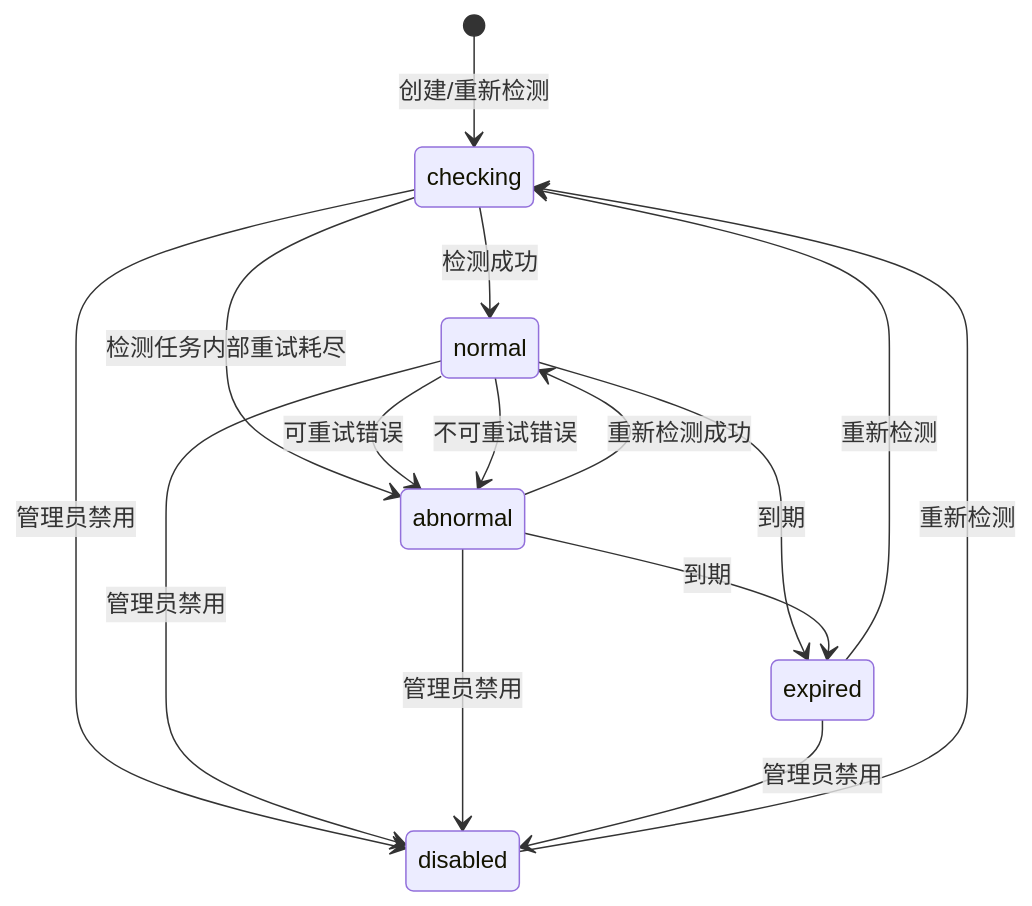
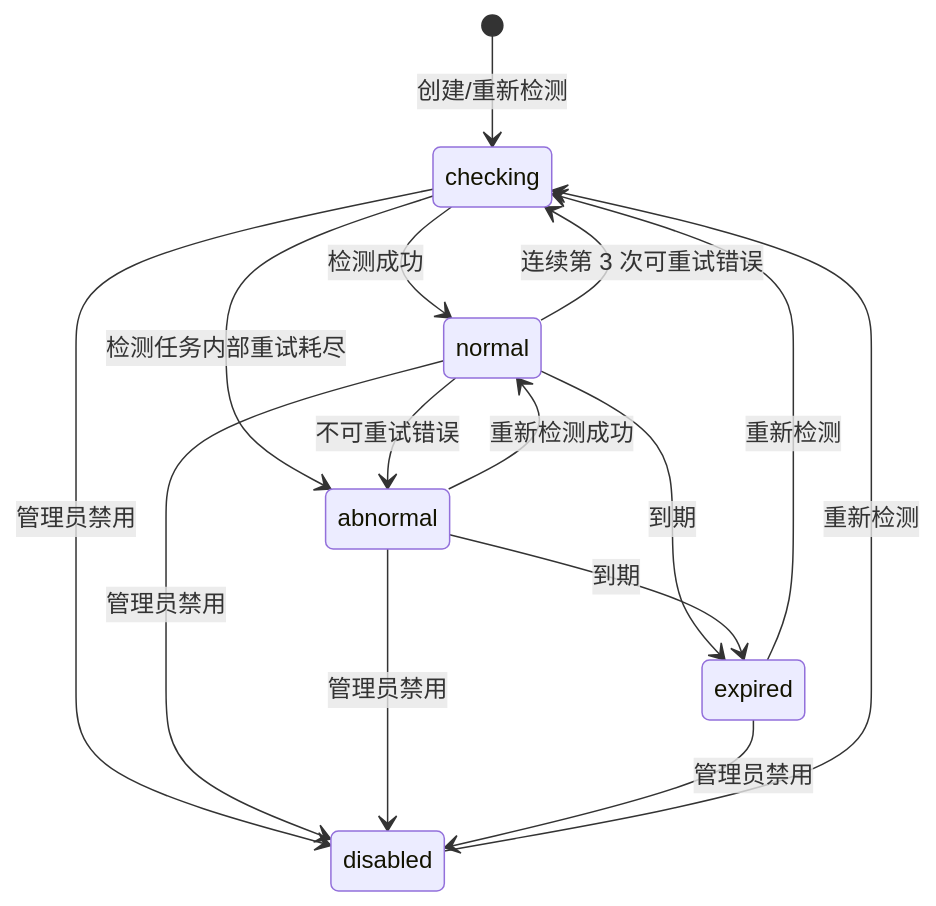
The diagram in docs/15-proxy-pool.md (donnel666/remail), drawn with Mermaid before and after one commit. The commit also changed other lines of this file and 7 other files, not shown here.

````diff
--- a/docs/15-proxy-pool.md
+++ b/docs/15-proxy-pool.md
@@ -101,17 +104,17 @@
 ```mermaid
 stateDiagram-v2
     [*] --> checking: 创建/重新检测
     checking --> normal: 检测成功
     checking --> abnormal: 检测任务内部重试耗尽
-    normal --> abnormal: 可重试错误
+    normal --> checking: 连续第 3 次可重试错误
     normal --> abnormal: 不可重试错误
     abnormal --> normal: 重新检测成功
     normal --> expired: 到期
     abnormal --> expired: 到期
     checking --> disabled: 管理员禁用
     normal --> disabled: 管理员禁用
     abnormal --> disabled: 管理员禁用
     disabled --> checking: 重新检测
     expired --> checking: 重新检测
     expired --> disabled: 管理员禁用
 ```
````
